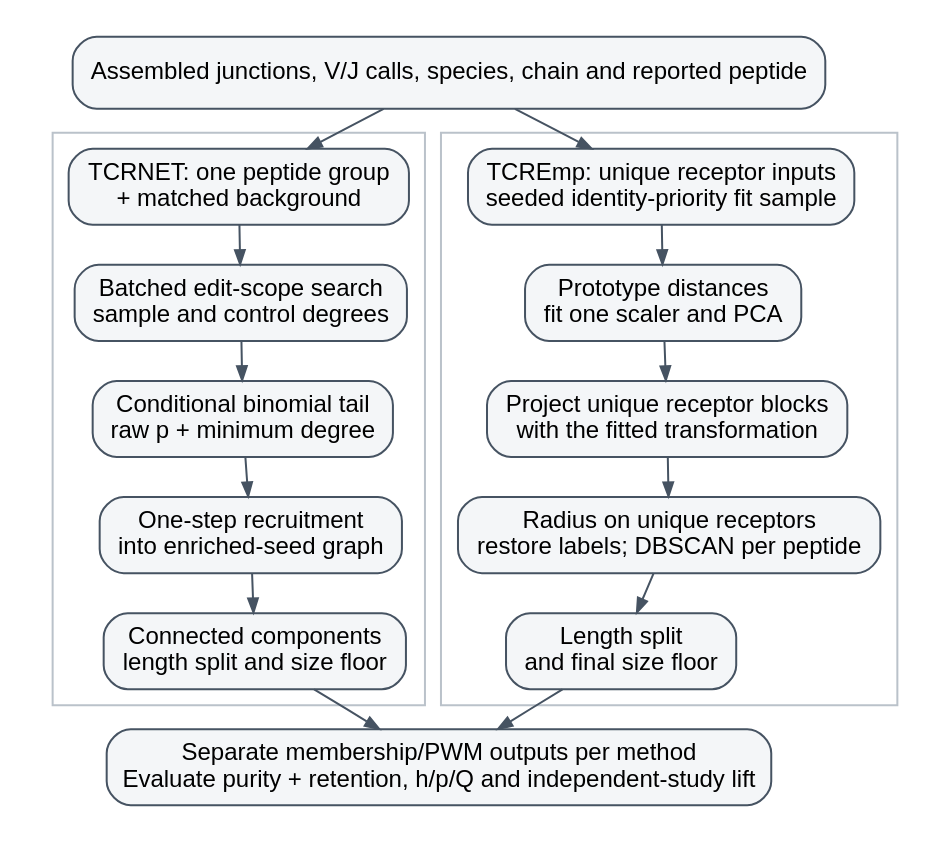
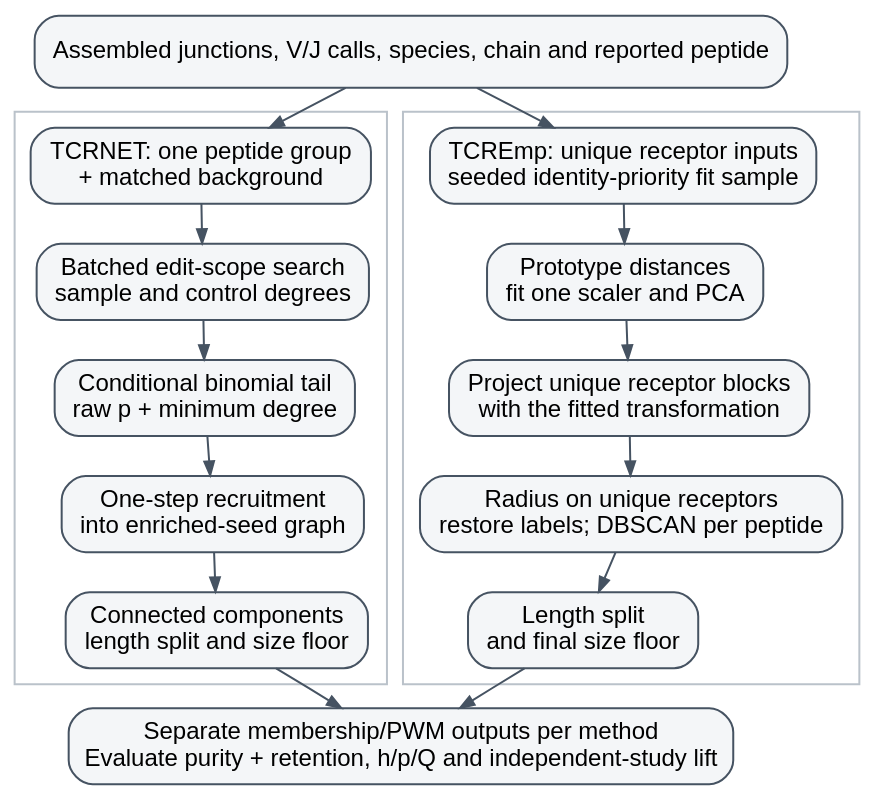
The diagram in docs/_static/motif-methods.dot (antigenomics/vdjdb-db), drawn with Graphviz before and after one commit. The commit also changed 24 other files, not shown here.

```diff
--- a/docs/_static/motif-methods.dot
+++ b/docs/_static/motif-methods.dot
@@ -1,27 +1,27 @@
 digraph motif_methods {
-  graph [rankdir=TB, bgcolor="white", pad="0.15", nodesep="0.35", ranksep="0.28"];
+  graph [rankdir=TB, bgcolor="transparent", pad="0.15", nodesep="0.35", ranksep="0.28"];
   node [shape=box, style="rounded,filled", fillcolor="#f4f6f8", color="#465362", fontname="Arial", fontsize=12, margin="0.12,0.08"];
   edge [color="#465362", arrowsize=0.7];
   input [label="Assembled junctions, V/J calls, species, chain and reported peptide"];
   subgraph cluster_net {
     label=""; fontname="Arial"; color="#bac2ca";
     n1 [label="TCRNET: one peptide group\n+ matched background"];
     n2 [label="Batched edit-scope search\nsample and control degrees"];
     n3 [label="Conditional binomial tail\nraw p + minimum degree"];
     n4 [label="One-step recruitment\ninto enriched-seed graph"];
     n5 [label="Connected components\nlength split and size floor"];
     n1 -> n2 -> n3 -> n4 -> n5;
   }
   subgraph cluster_emp {
     label=""; fontname="Arial"; color="#bac2ca";
     e1 [label="TCREmp: unique receptor inputs\nseeded identity-priority fit sample"];
     e2 [label="Prototype distances\nfit one scaler and PCA"];
     e3 [label="Project unique receptor blocks\nwith the fitted transformation"];
     e4 [label="Radius on unique receptors\nrestore labels; DBSCAN per peptide"];
     e5 [label="Length split\nand final size floor"];
     e1 -> e2 -> e3 -> e4 -> e5;
   }
   input -> n1; input -> e1;
   out [label="Separate membership/PWM outputs per method\nEvaluate purity + retention, h/p/Q and independent-study lift"];
   n5 -> out; e5 -> out;
 }
```
